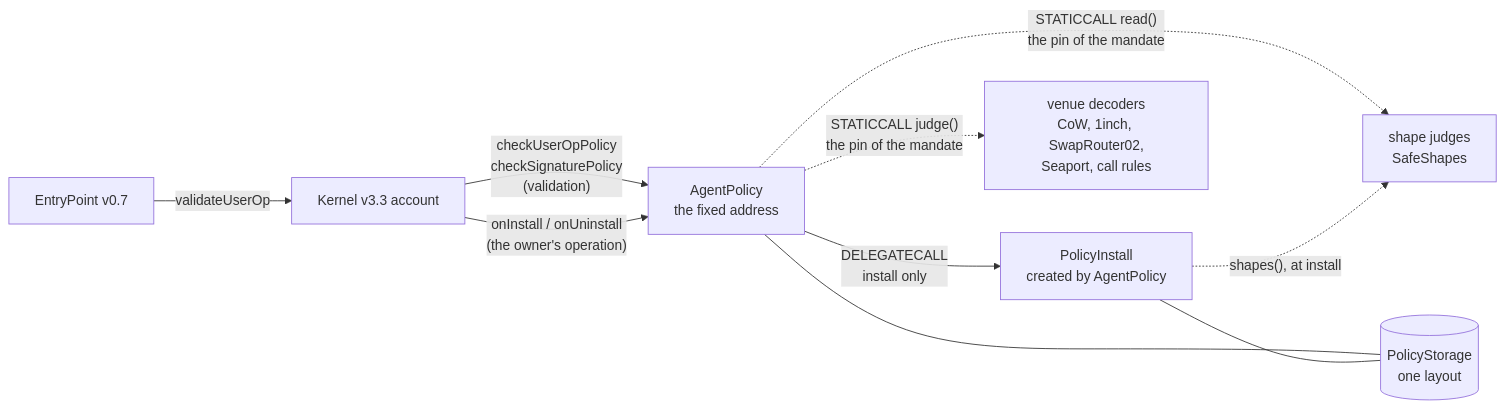
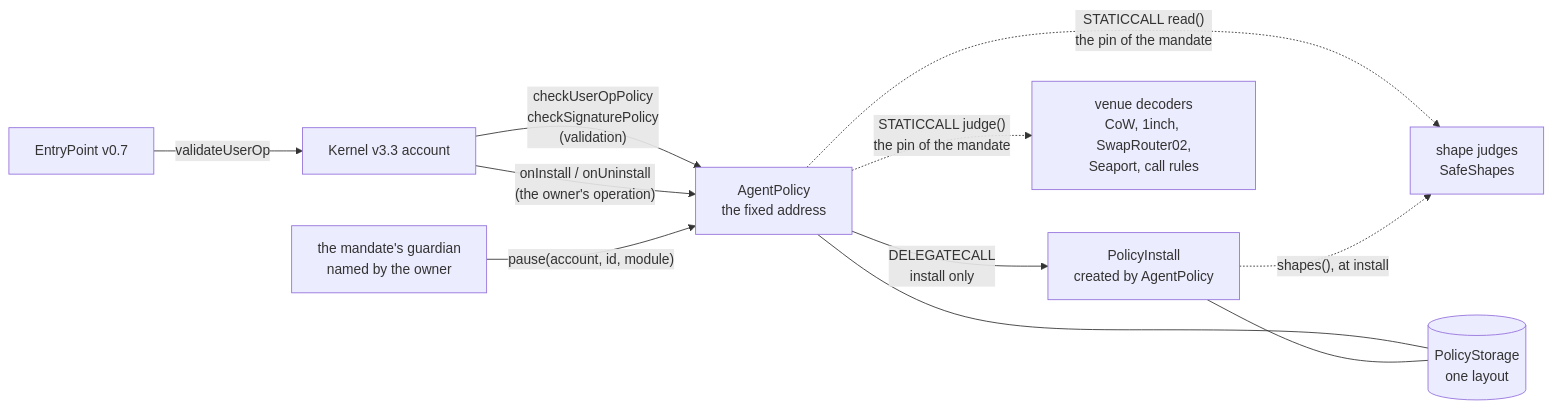
One commit to postcryptum-research/agent-keys changed the first of 5 diagrams in docs/ARCHITECTURE.md. Above: the diagram before and after it, drawn with Mermaid. The commit also changed other lines of this file and 8 other files, not shown here.

````diff
--- a/docs/ARCHITECTURE.md
+++ b/docs/ARCHITECTURE.md
@@ -109,12 +109,13 @@
 ```mermaid
 flowchart LR
     EP["EntryPoint v0.7"] -->|"validateUserOp"| K["Kernel v3.3 account"]
     K -->|"checkUserOpPolicy<br/>checkSignaturePolicy<br/>(validation)"| AP["AgentPolicy<br/>the fixed address"]
     K -->|"onInstall / onUninstall<br/>(the owner's operation)"| AP
     AP -->|"DELEGATECALL<br/>install only"| PI["PolicyInstall<br/>created by AgentPolicy"]
     AP -. "STATICCALL read()<br/>the pin of the mandate" .-> SJ["shape judges<br/>SafeShapes"]
     AP -. "STATICCALL judge()<br/>the pin of the mandate" .-> VD["venue decoders<br/>CoW, 1inch, SwapRouter02,<br/>Seaport, call rules"]
     PI -. "shapes(), at install" .-> SJ
     AP --- ST[("PolicyStorage<br/>one layout")]
     PI --- ST
+    G["the mandate's guardian<br/>named by the owner"] -->|"pause(account, id, module)"| AP
 ```
````
